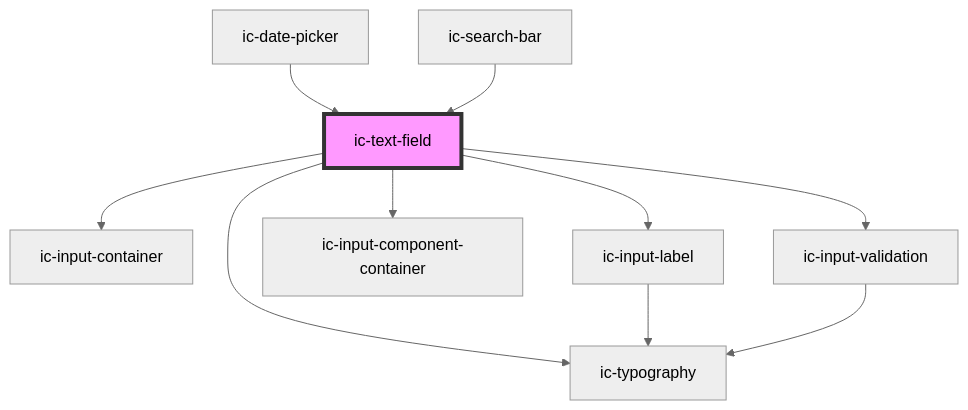
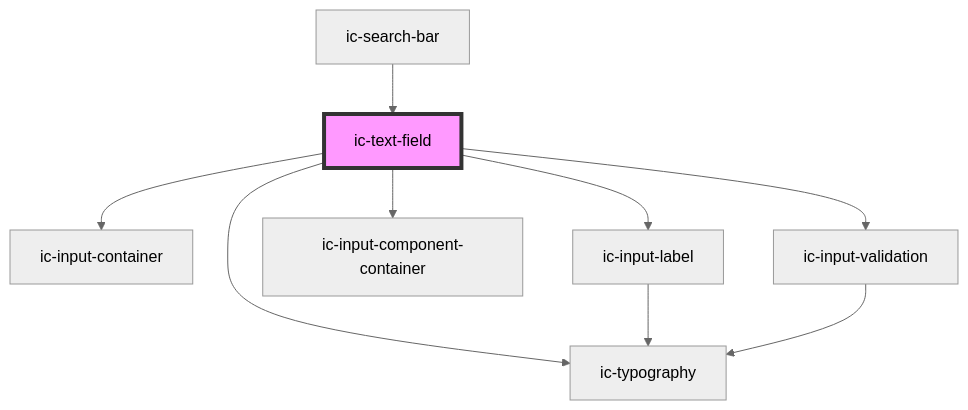
The diagram in packages/web-components/src/components/ic-text-field/readme.md (timja/ic-ui-kit), drawn with Mermaid (neutral theme) before and after one commit. The commit also changed other lines of this file and 22 other files, not shown here.

````diff
--- a/packages/web-components/src/components/ic-text-field/readme.md
+++ b/packages/web-components/src/components/ic-text-field/readme.md
@@ -97,13 +96,12 @@
 ```mermaid
 graph TD;
   ic-text-field --> ic-input-container
   ic-text-field --> ic-input-label
   ic-text-field --> ic-input-component-container
   ic-text-field --> ic-input-validation
   ic-text-field --> ic-typography
   ic-input-label --> ic-typography
   ic-input-validation --> ic-typography
-  ic-date-picker --> ic-text-field
   ic-search-bar --> ic-text-field
   style ic-text-field fill:#f9f,stroke:#333,stroke-width:4px
 ```
````
